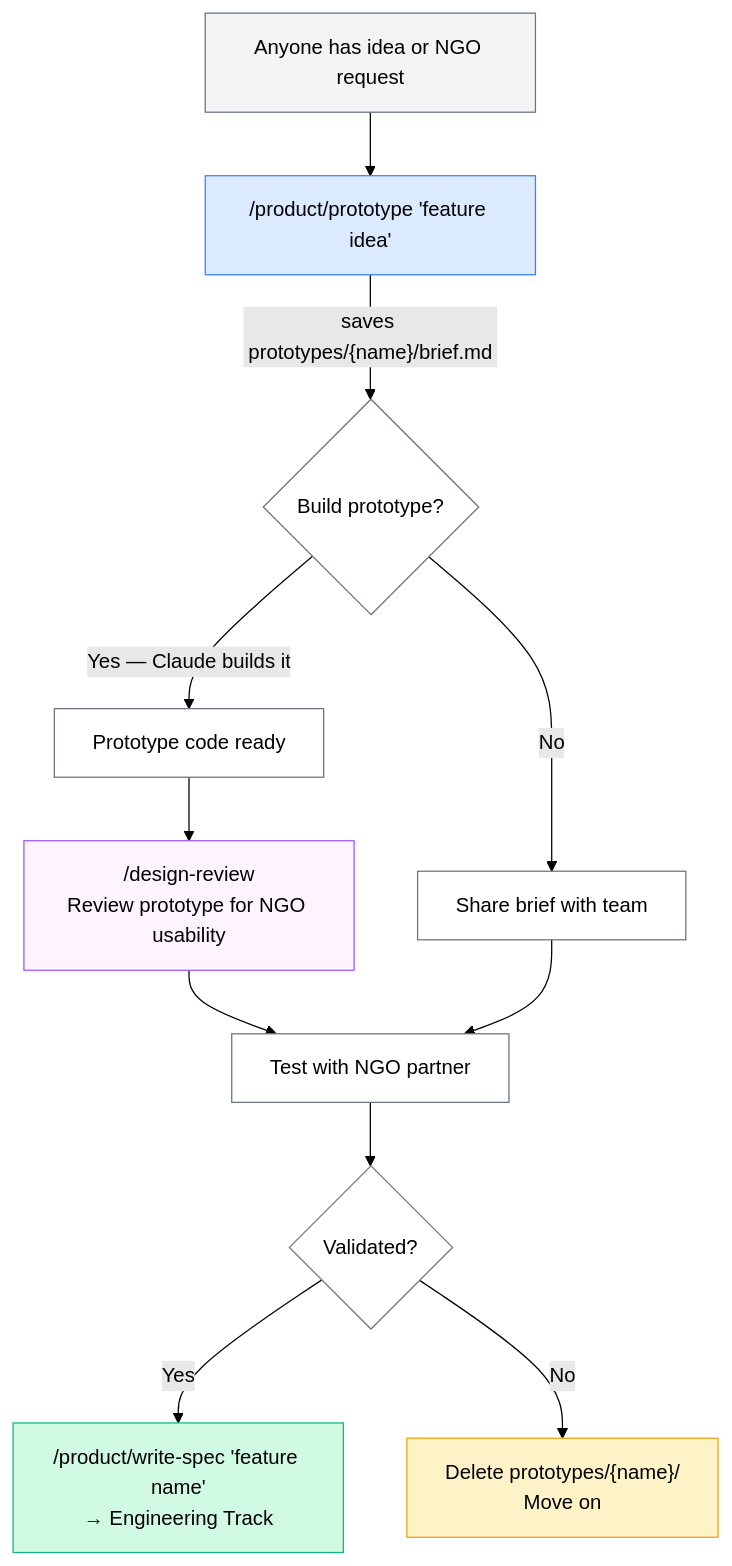
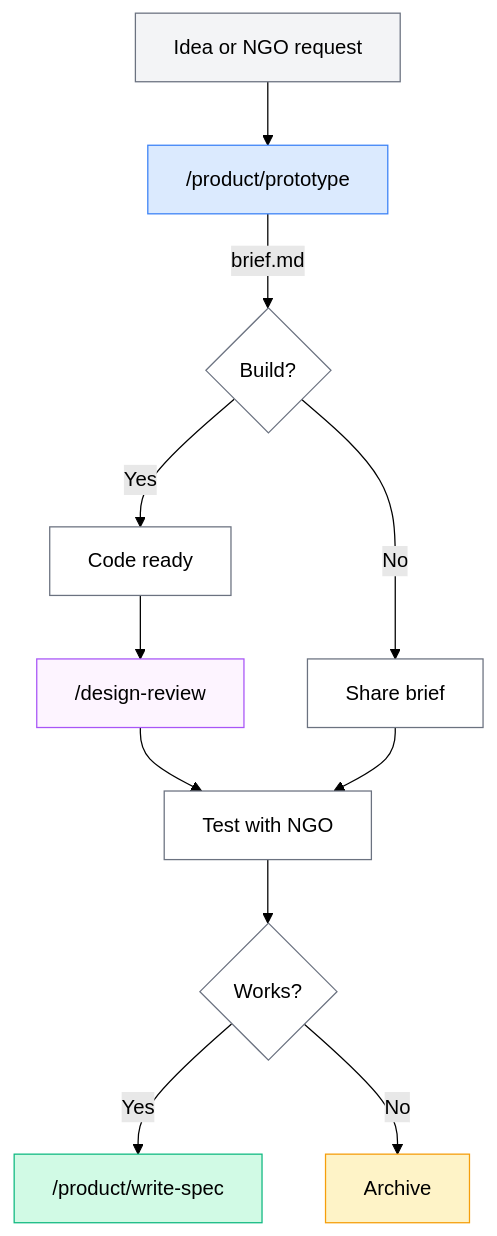
One commit to DalgoT4D/dalgo-core changed the first of 2 diagrams in README.md. Above: the diagram before and after it, drawn with Mermaid (forest theme). The commit also changed other lines of this file, not shown here.

Commit message:
clean mermaid

````diff
--- a/README.md
+++ b/README.md
@@ -58,24 +58,24 @@
 ```mermaid
 flowchart TD
-    A["Anyone has idea or NGO request"] --> B["/product/prototype 'feature idea'"]
-    B --> |"saves prototypes/{name}/brief.md"| C{"Build prototype?"}
-    C --> |"Yes — Claude builds it"| D["Prototype code ready"]
-    C --> |"No"| E["Share brief with team"]
-    D --> DR["/design-review\nReview prototype for NGO usability"]
-    DR --> F["Test with NGO partner"]
+    A["Idea or NGO request"] --> B["/product/prototype"]
+    B --> |"brief.md"| C{"Build?"}
+    C --> |Yes| D["Code ready"]
+    C --> |No| E["Share brief"]
+    D --> DR["/design-review"]
+    DR --> F["Test with NGO"]
     E --> F
-    F --> G{Validated?}
-    G --> |"Yes"| H["/product/write-spec 'feature name'\n→ Engineering Track"]
-    G --> |"No"| I["Delete prototypes/{name}/\nMove on"]
+    F --> G{Works?}
+    G --> |Yes| H["/product/write-spec"]
+    G --> |No| I["Archive"]
 
     style A fill:#f3f4f6,stroke:#6b7280,color:#000
     style B fill:#dbeafe,stroke:#3b82f6,color:#000
     style C fill:#fff,stroke:#6b7280,color:#000
     style D fill:#fff,stroke:#6b7280,color:#000
     style DR fill:#fdf4ff,stroke:#a855f7,color:#000
     style E fill:#fff,stroke:#6b7280,color:#000
     style F fill:#fff,stroke:#6b7280,color:#000
     style G fill:#fff,stroke:#6b7280,color:#000
     style H fill:#d1fae5,stroke:#10b981,color:#000
     style I fill:#fef3c7,stroke:#f59e0b,color:#000
 ```
````
